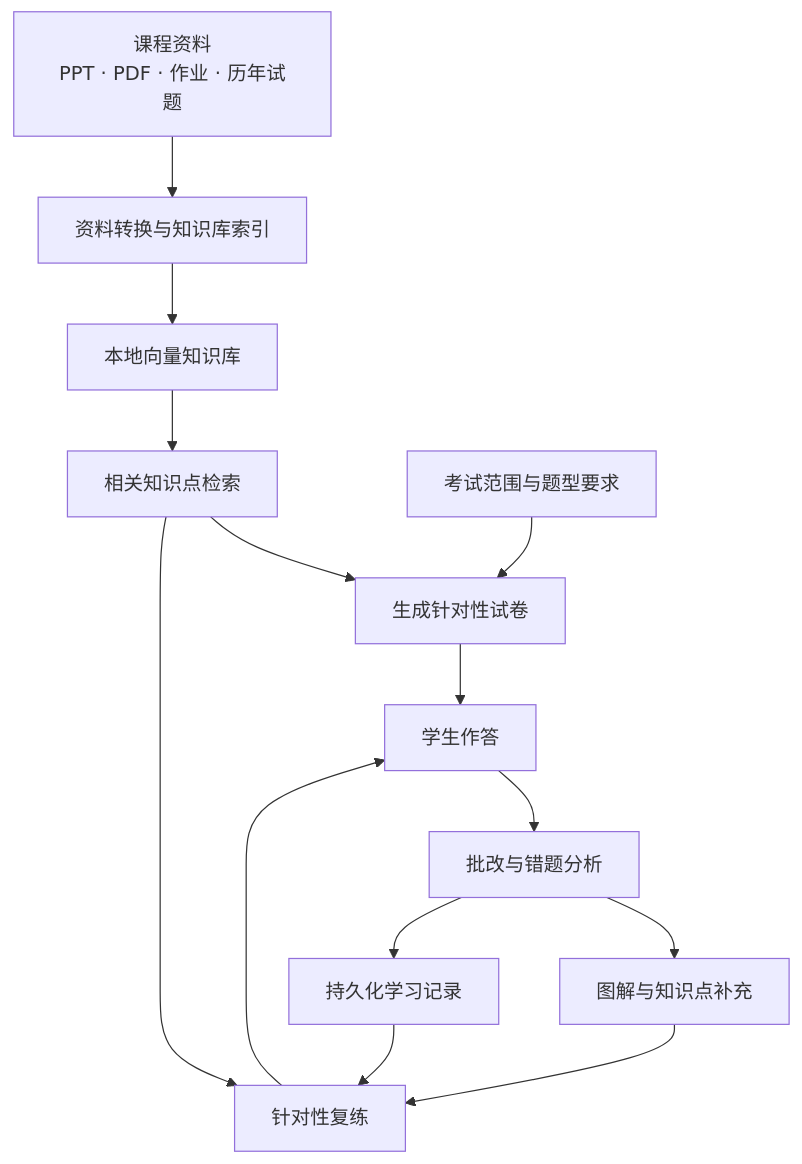
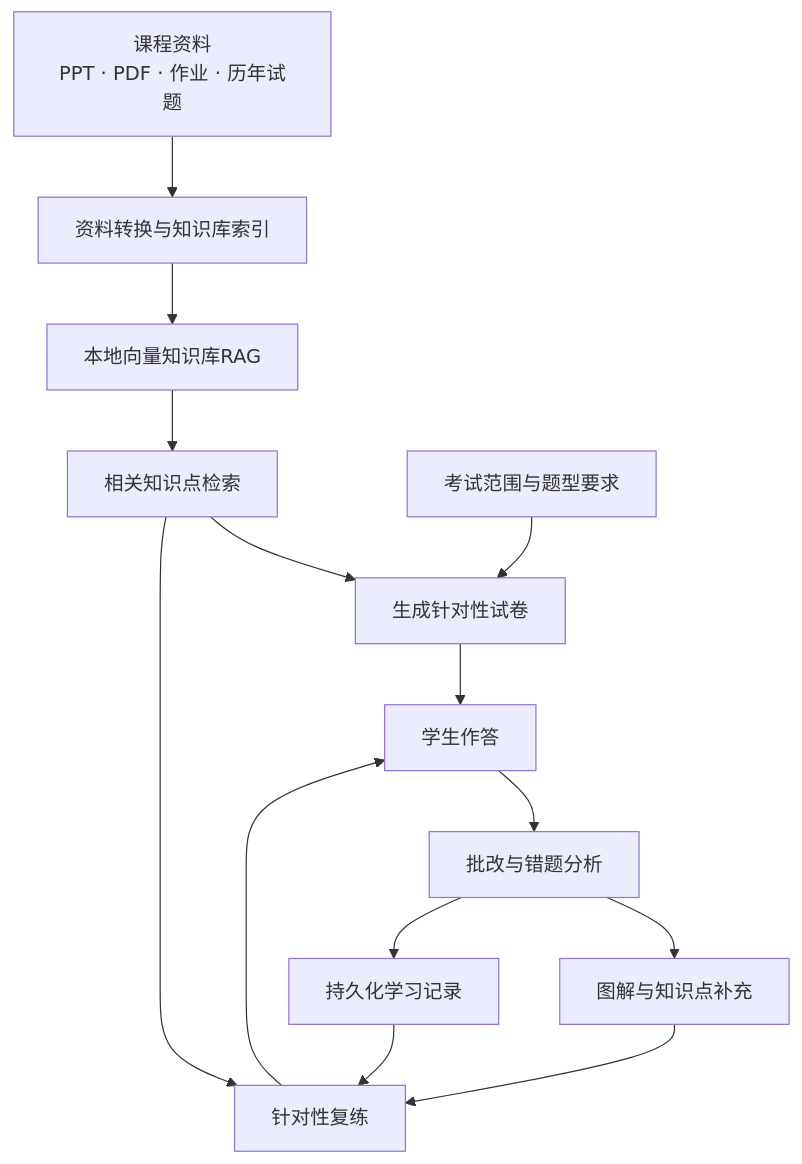
Before and after one commit to havxiaobing/final-exam-review: the diagram in README.md, drawn with Mermaid. The commit also changed other lines of this file, not shown here.

````diff
--- a/README.md
+++ b/README.md
@@ -148,16 +147,16 @@
 ```mermaid
 flowchart TD
     A["课程资料<br/>PPT · PDF · 作业 · 历年试题"] --> B["资料转换与知识库索引"]
-    B --> C["本地向量知识库"]
+    B --> C["本地向量知识库RAG"]
     C --> D["相关知识点检索"]
     E["考试范围与题型要求"] --> F["生成针对性试卷"]
     D --> F
     F --> G["学生作答"]
     G --> H["批改与错题分析"]
     H --> I["图解与知识点补充"]
     H --> J["持久化学习记录"]
     I --> K["针对性复练"]
     J --> K
     D --> K
     K --> G
 ```
````
